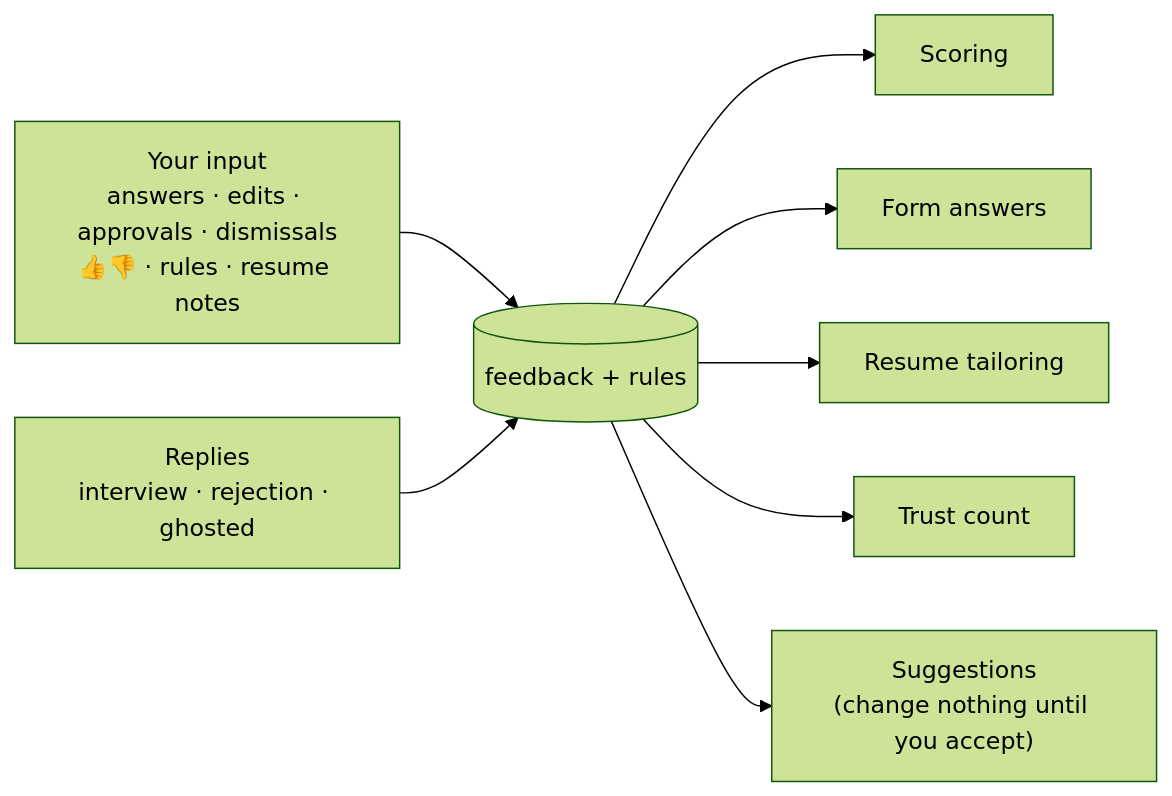
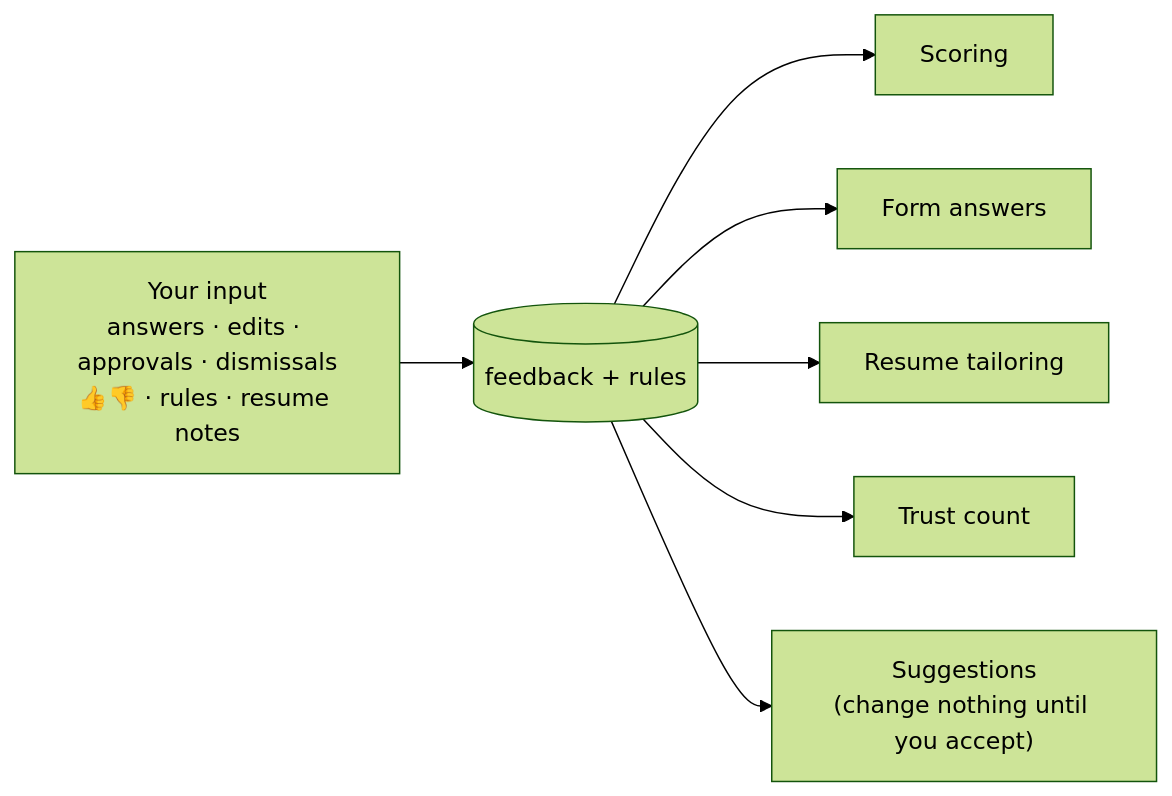
One commit to Avijit07x/truapply changed the diagram in docs/outcomes.md. Above: the diagram before and after it, drawn with Mermaid (forest theme). The commit also changed other lines of this file and 11 other files, not shown here.

````diff
--- a/docs/outcomes.md
+++ b/docs/outcomes.md
@@ -5,10 +5,9 @@
 ```mermaid
 flowchart LR
   you["Your input<br/>answers · edits · approvals · dismissals<br/>👍👎 · rules · resume notes"] --> learn[(feedback + rules)]
-  replies["Replies<br/>interview · rejection · ghosted"] --> learn
   learn --> score["Scoring"]
   learn --> forms["Form answers"]
   learn --> tailor["Resume tailoring"]
   learn --> trust["Trust count"]
   learn --> suggest["Suggestions<br/>(change nothing until you accept)"]
 ```
````
